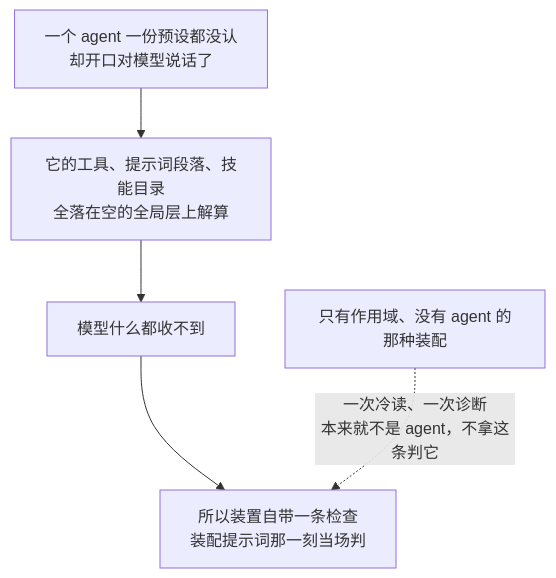
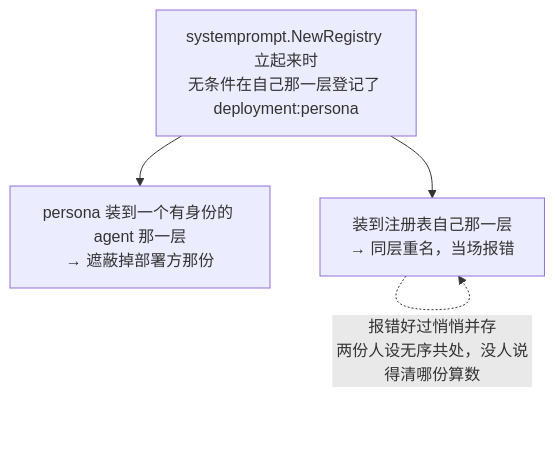
Diagram 15 of 25 in docs/modules/presets.md (snight1983/ds-harness-go), drawn with Mermaid before and after one commit. The commit also changed other lines of this file and 25 other files, not shown here.

````diff
--- a/docs/modules/presets.md
+++ b/docs/modules/presets.md
@@ -154,7 +286,6 @@
 ```mermaid
 flowchart TD
-    A["一个 agent 一份预设都没认<br/>却开口对模型说话了"] --> B["它的工具、提示词段落、技能目录<br/>全落在空的全局层上解算"]
-    B --> C["模型什么都收不到"]
-    C --> D["所以装置自带一条检查<br/>装配提示词那一刻当场判"]
-    E["只有作用域、没有 agent 的那种装配"] -.->|"一次冷读、一次诊断<br/>本来就不是 agent，不拿这条判它"| D
+    R["systemprompt.NewRegistry 立起来时<br/>无条件在自己那一层登记了 deployment:persona"] --> L1["persona 装到一个有身份的 agent 那一层<br/>→ 遮蔽掉部署方那份"]
+    R --> L2["装到注册表自己那一层<br/>→ 同层重名，当场报错"]
+    L2 -.->|"报错好过悄悄并存<br/>两份人设无序共处，没人说得清哪份算数"| L2
 ```
````
